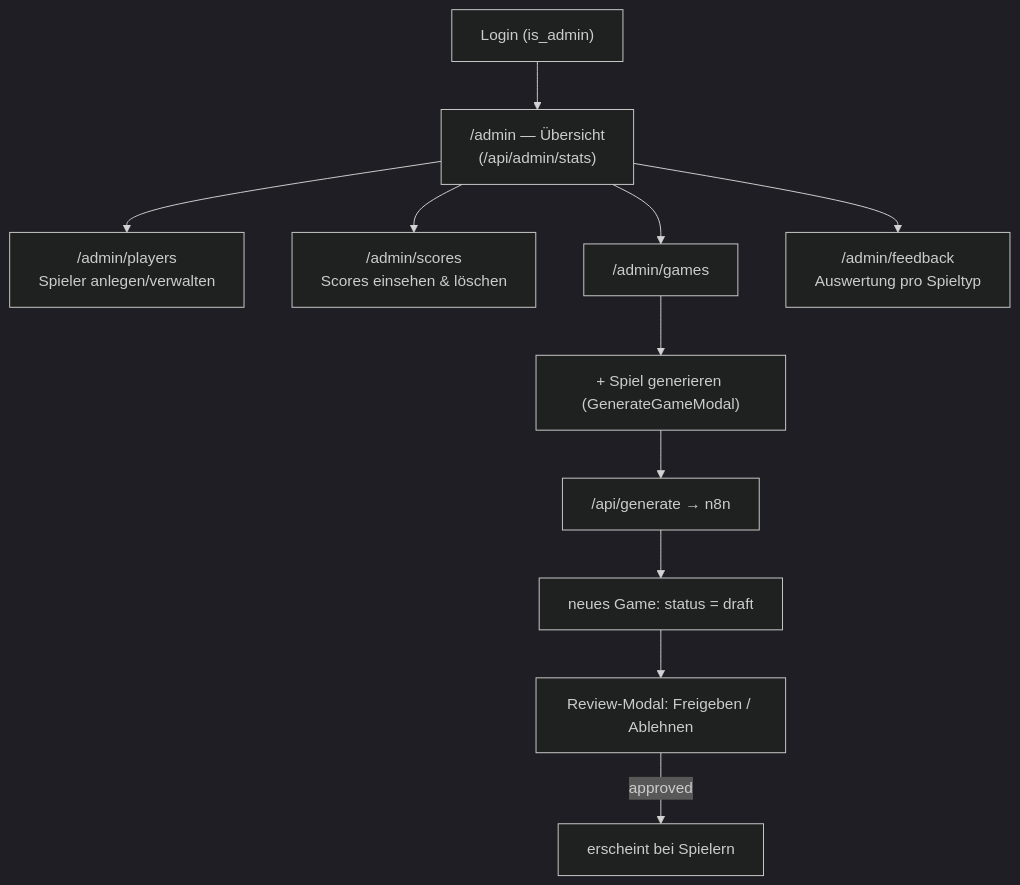
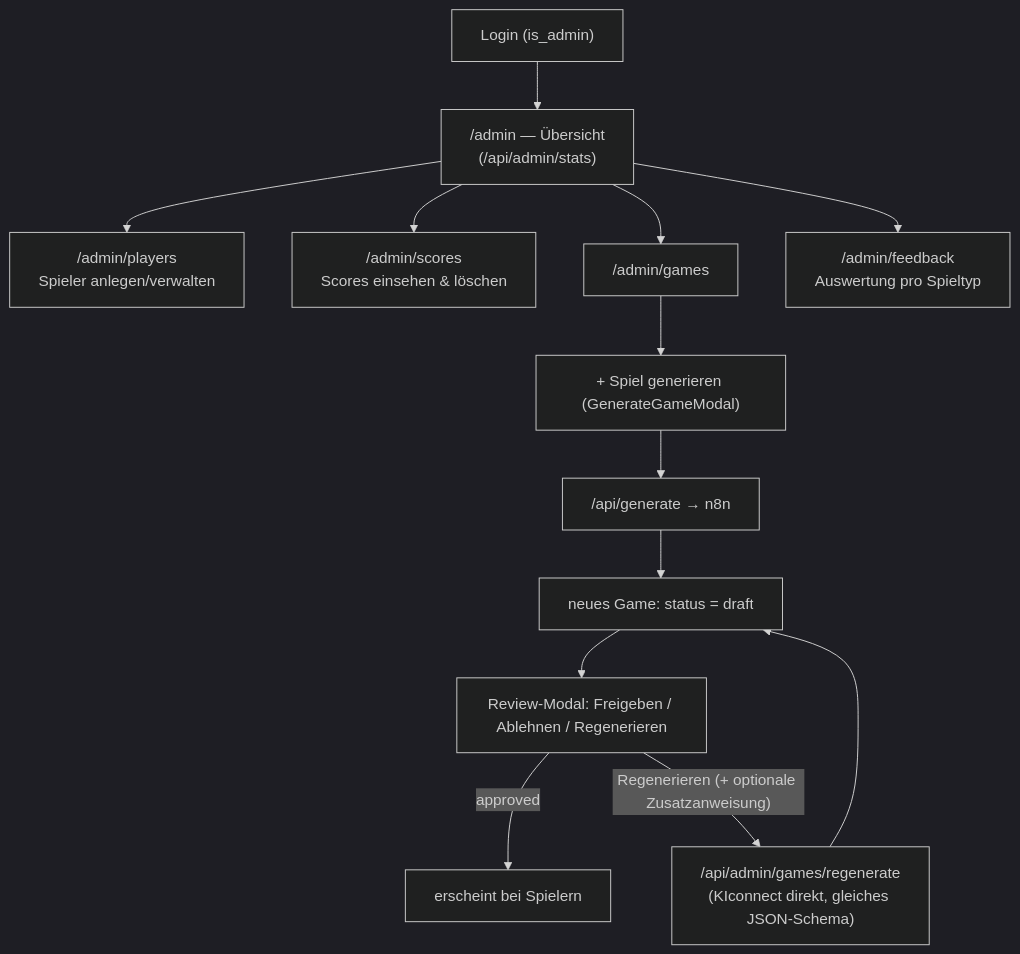
One commit to Nickbert15/AIIM-Gamification changed the fifth of 6 diagrams in docs/ARCHITEKTUR.md. Above: the diagram before and after it, drawn with Mermaid (dark theme). The commit also changed other lines of this file and 47 other files, not shown here.

````diff
--- a/docs/ARCHITEKTUR.md
+++ b/docs/ARCHITEKTUR.md
@@ -238,14 +253,16 @@
 ```mermaid
 flowchart TD
     A["Login (is_admin)"] --> B["/admin — Übersicht<br/>(/api/admin/stats)"]
     B --> P["/admin/players<br/>Spieler anlegen/verwalten"]
     B --> S["/admin/scores<br/>Scores einsehen & löschen"]
     B --> G["/admin/games"]
     B --> F["/admin/feedback<br/>Auswertung pro Spieltyp"]
 
     G --> G1["+ Spiel generieren (GenerateGameModal)"]
     G1 --> G2["/api/generate → n8n"]
     G2 --> G3["neues Game: status = draft"]
-    G3 --> G4["Review-Modal: Freigeben / Ablehnen"]
+    G3 --> G4["Review-Modal: Freigeben / Ablehnen / Regenerieren"]
     G4 -->|approved| G5["erscheint bei Spielern"]
+    G4 -->|"Regenerieren (+ optionale Zusatzanweisung)"| G6["/api/admin/games/regenerate<br/>(KIconnect direkt, gleiches JSON-Schema)"]
+    G6 --> G3
 ```
````
